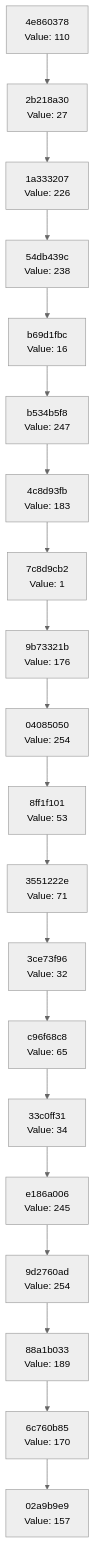
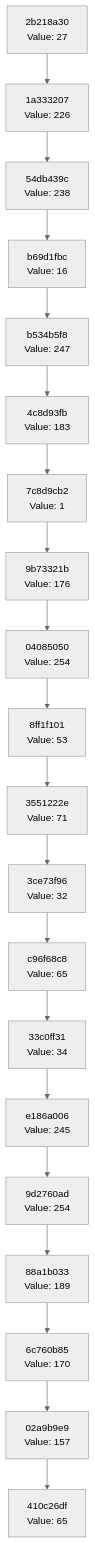
The diagram in docs/CHAIN_VISUALIZATION.md (Abhisheksinha1506/hash-chain-evolver), drawn with Mermaid (neutral theme) before and after one commit. The commit also changed 2 other files, not shown here.

Commit message:
Evolution step: hash 0x41 → action executed

````diff
--- a/docs/CHAIN_VISUALIZATION.md
+++ b/docs/CHAIN_VISUALIZATION.md
@@ -3,42 +3,42 @@
 ```mermaid
 graph TD
-    C0["02a9b9e9<br/>Value: 157"]
-    C1["6c760b85<br/>Value: 170"]
+    C0["410c26df<br/>Value: 65"]
+    C1["02a9b9e9<br/>Value: 157"]
     C1 --> C0
-    C2["88a1b033<br/>Value: 189"]
+    C2["6c760b85<br/>Value: 170"]
     C2 --> C1
-    C3["9d2760ad<br/>Value: 254"]
+    C3["88a1b033<br/>Value: 189"]
     C3 --> C2
-    C4["e186a006<br/>Value: 245"]
+    C4["9d2760ad<br/>Value: 254"]
     C4 --> C3
-    C5["33c0ff31<br/>Value: 34"]
+    C5["e186a006<br/>Value: 245"]
     C5 --> C4
-    C6["c96f68c8<br/>Value: 65"]
+    C6["33c0ff31<br/>Value: 34"]
     C6 --> C5
-    C7["3ce73f96<br/>Value: 32"]
+    C7["c96f68c8<br/>Value: 65"]
     C7 --> C6
-    C8["3551222e<br/>Value: 71"]
+    C8["3ce73f96<br/>Value: 32"]
     C8 --> C7
-    C9["8ff1f101<br/>Value: 53"]
+    C9["3551222e<br/>Value: 71"]
     C9 --> C8
-    C10["04085050<br/>Value: 254"]
+    C10["8ff1f101<br/>Value: 53"]
     C10 --> C9
-    C11["9b73321b<br/>Value: 176"]
+    C11["04085050<br/>Value: 254"]
     C11 --> C10
-    C12["7c8d9cb2<br/>Value: 1"]
+    C12["9b73321b<br/>Value: 176"]
     C12 --> C11
-    C13["4c8d93fb<br/>Value: 183"]
+    C13["7c8d9cb2<br/>Value: 1"]
     C13 --> C12
-    C14["b534b5f8<br/>Value: 247"]
+    C14["4c8d93fb<br/>Value: 183"]
     C14 --> C13
-    C15["b69d1fbc<br/>Value: 16"]
+    C15["b534b5f8<br/>Value: 247"]
     C15 --> C14
-    C16["54db439c<br/>Value: 238"]
+    C16["b69d1fbc<br/>Value: 16"]
     C16 --> C15
-    C17["1a333207<br/>Value: 226"]
+    C17["54db439c<br/>Value: 238"]
     C17 --> C16
-    C18["2b218a30<br/>Value: 27"]
+    C18["1a333207<br/>Value: 226"]
     C18 --> C17
-    C19["4e860378<br/>Value: 110"]
+    C19["2b218a30<br/>Value: 27"]
     C19 --> C18
 ```
````
